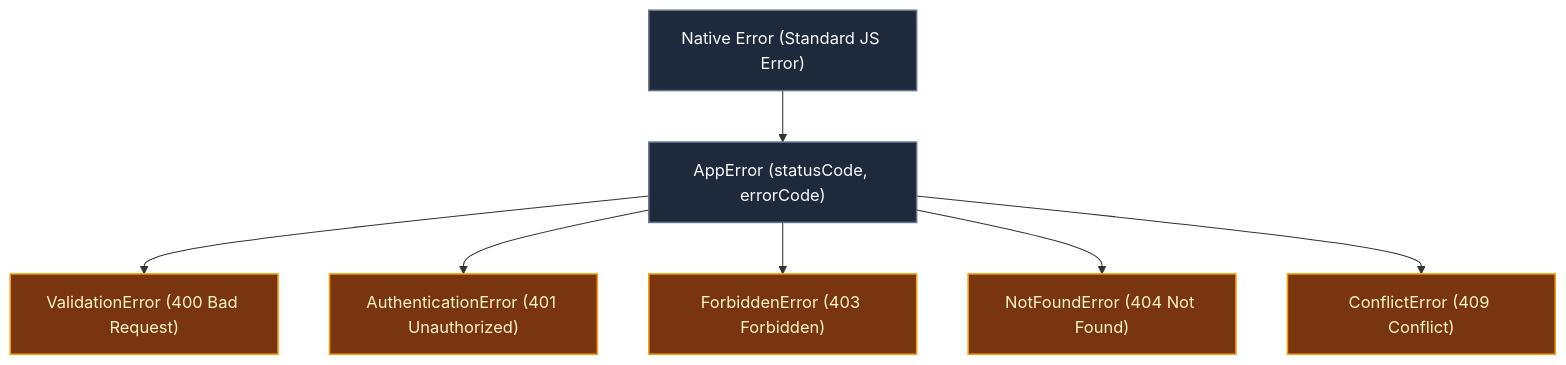
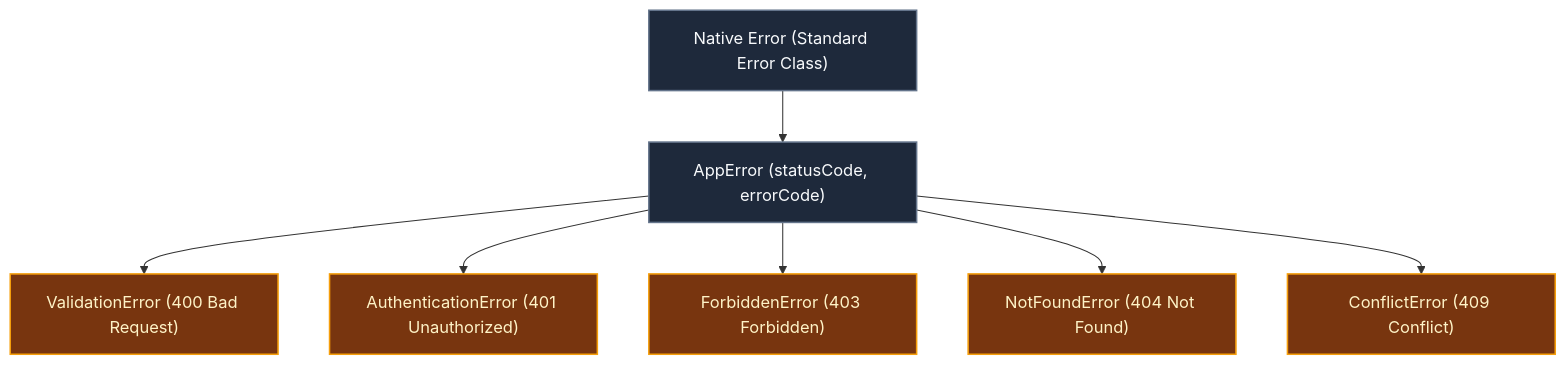
Before and after one commit to ScriptureHabit/scripture-habit: the second of 2 diagrams in docs/api-middleware-error-handling.md, drawn with Mermaid. The commit also changed other lines of this file and 57 other files, not shown here.

Commit message:
docs: refine documentation prose and add structured diagram breakdowns across JA and EN

````diff
--- a/docs/api-middleware-error-handling.md
+++ b/docs/api-middleware-error-handling.md
@@ -55,13 +62,13 @@
 ```mermaid
 flowchart TD
     classDef base fill:#1e293b,stroke:#64748b,stroke-width:1.5px,color:#f8fafc;
     classDef clientErr fill:#78350f,stroke:#f59e0b,stroke-width:1.5px,color:#fef3c7;
 
-    NativeError["Native Error (Standard JS Error)"]:::base --> AppError["AppError (statusCode, errorCode)"]:::base
+    NativeError["Native Error (Standard Error Class)"]:::base --> AppError["AppError (statusCode, errorCode)"]:::base
     
     AppError --> ValidationError["ValidationError (400 Bad Request)"]:::clientErr
     AppError --> AuthError["AuthenticationError (401 Unauthorized)"]:::clientErr
     AppError --> ForbiddenError["ForbiddenError (403 Forbidden)"]:::clientErr
     AppError --> NotFoundError["NotFoundError (404 Not Found)"]:::clientErr
     AppError --> ConflictError["ConflictError (409 Conflict)"]:::clientErr
 ```
````
